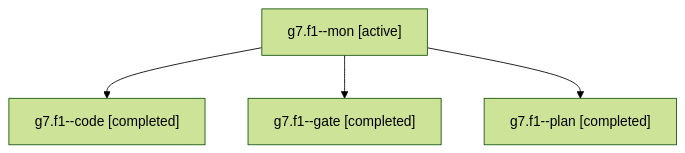
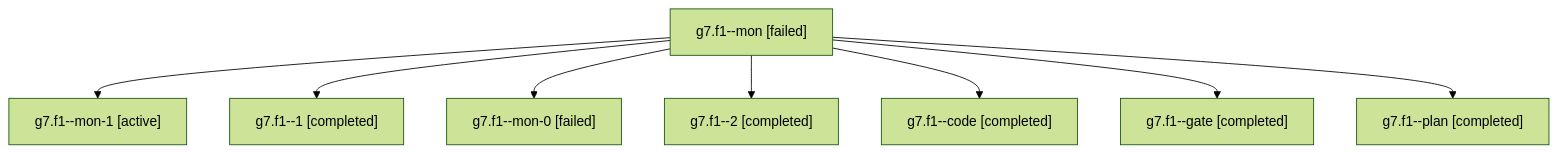
One commit to bobs-org/bob-cli--agents changed the diagram in sessions/bbugyi200.apollo.g7.f1.md. Above: the diagram before and after it, drawn with Mermaid (forest theme). The commit also changed other lines of this file and 36 other files, not shown here.

````diff
--- a/sessions/bbugyi200.apollo.g7.f1.md
+++ b/sessions/bbugyi200.apollo.g7.f1.md
@@ -9,10 +9,18 @@
 ```mermaid
 flowchart TD
-  n0["g7.f1--mon [active]"]
-  n1["g7.f1--code [completed]"]
+  n0["g7.f1--mon [failed]"]
+  n1["g7.f1--mon-1 [active]"]
   n0 --> n1
-  n2["g7.f1--gate [completed]"]
+  n2["g7.f1--1 [completed]"]
   n0 --> n2
-  n3["g7.f1--plan [completed]"]
+  n3["g7.f1--mon-0 [failed]"]
   n0 --> n3
+  n4["g7.f1--2 [completed]"]
+  n0 --> n4
+  n5["g7.f1--code [completed]"]
+  n0 --> n5
+  n6["g7.f1--gate [completed]"]
+  n0 --> n6
+  n7["g7.f1--plan [completed]"]
+  n0 --> n7
 ```
````
